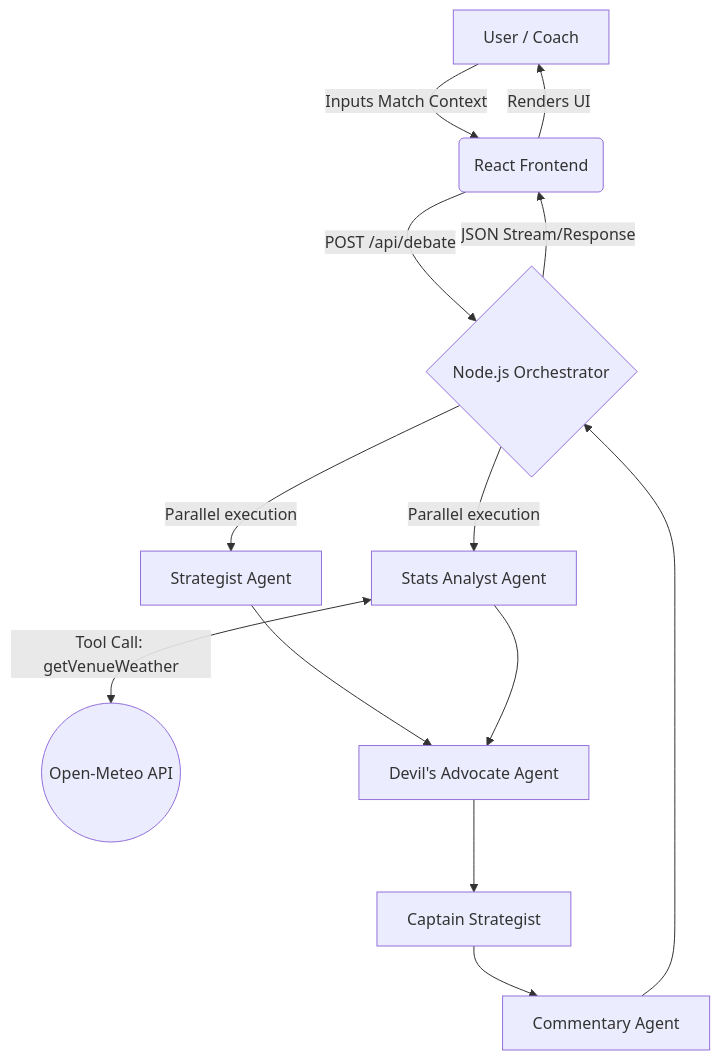
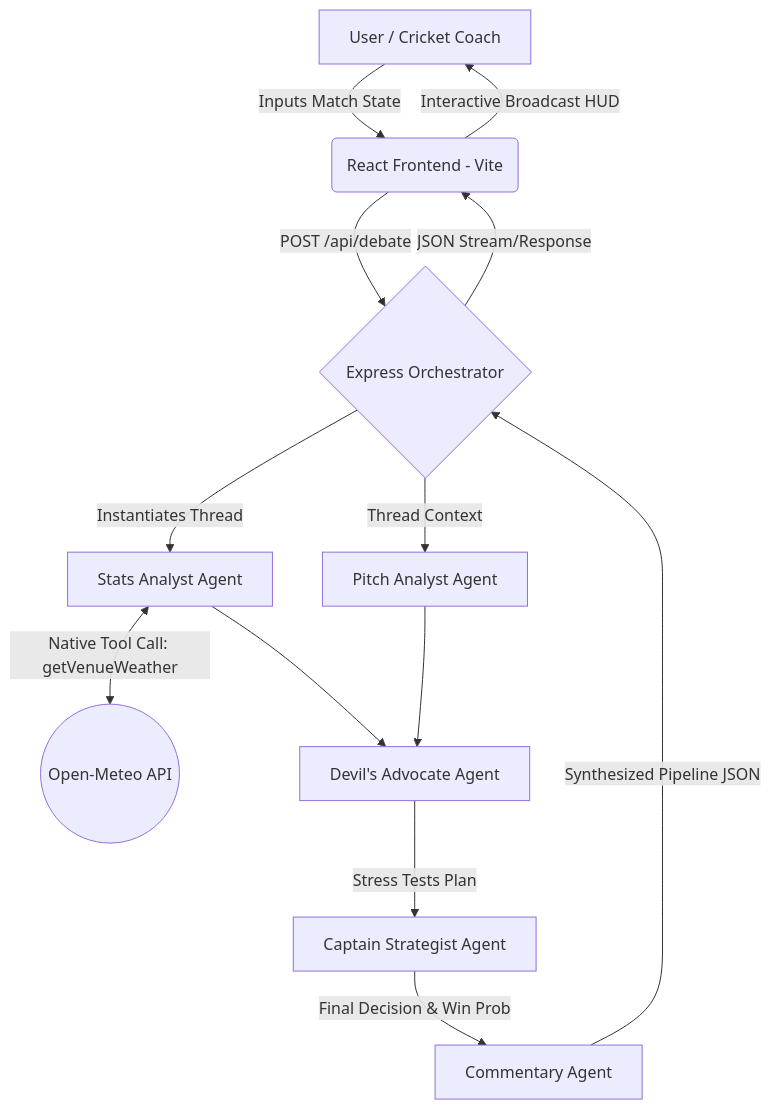
The diagram in README.md (VIDYANKSHINI/Captain-Cool), drawn with Mermaid before and after one commit. The commit also changed other lines of this file, not shown here.

````diff
--- a/README.md
+++ b/README.md
@@ -19,15 +70,15 @@
 ```mermaid
 graph TD
-    A[User / Coach] -->|Inputs Match Context| B(React Frontend)
-    B -->|POST /api/debate| C{Node.js Orchestrator}
-    C -->|Parallel execution| D[Strategist Agent]
-    C -->|Parallel execution| E[Stats Analyst Agent]
-    E <-->|Tool Call: getVenueWeather| F((Open-Meteo API))
+    A[User / Cricket Coach] -->|Inputs Match State| B(React Frontend - Vite)
+    B -->|POST /api/debate| C{Express Orchestrator}
+    C -->|Instantiates Thread| D[Stats Analyst Agent]
+    D <-->|Native Tool Call: getVenueWeather| E((Open-Meteo API))
+    C -->|Thread Context| F[Pitch Analyst Agent]
     D --> G[Devil's Advocate Agent]
-    E --> G
-    G --> H[Captain Strategist]
-    H --> I[Commentary Agent]
-    I --> C
+    F --> G
+    G -->|Stress Tests Plan| H[Captain Strategist Agent]
+    H -->|Final Decision & Win Prob| I[Commentary Agent]
+    I -->|Synthesized Pipeline JSON| C
     C -->|JSON Stream/Response| B
-    B -->|Renders UI| A
+    B -->|Interactive Broadcast HUD| A
 ```
````
